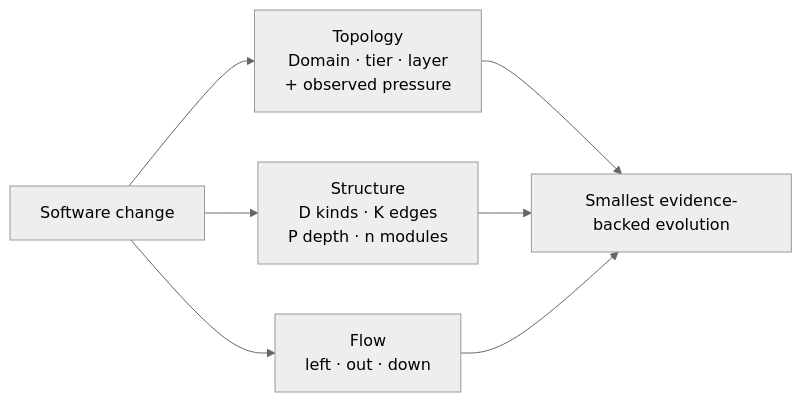
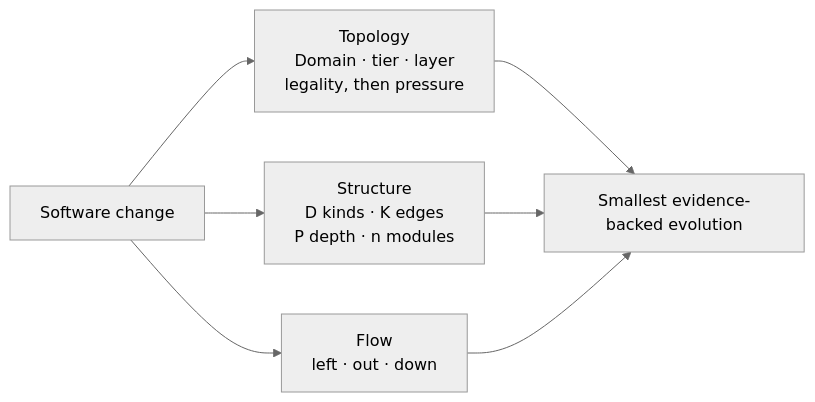
The second of 3 diagrams in README.md (l-gevity/l-gevity-skills), drawn with Mermaid (neutral theme) before and after one commit. The commit also changed other lines of this file, not shown here.

First line of the commit message:
docs: bring the README's living-topology model up to the current skill

````diff
--- a/README.md
+++ b/README.md
@@ -150,12 +150,12 @@
 ```mermaid
 flowchart LR
     Change["Software change"]
-    Topology["Topology<br/>Domain · tier · layer<br/>+ observed pressure"]
+    Topology["Topology<br/>Domain · tier · layer<br/>legality, then pressure"]
     Structure["Structure<br/>D kinds · K edges<br/>P depth · n modules"]
     Flow["Flow<br/>left · out · down"]
     Evolution["Smallest evidence-backed evolution"]
 
     Change --> Topology --> Evolution
     Change --> Structure --> Evolution
     Change --> Flow --> Evolution
 ```
````
